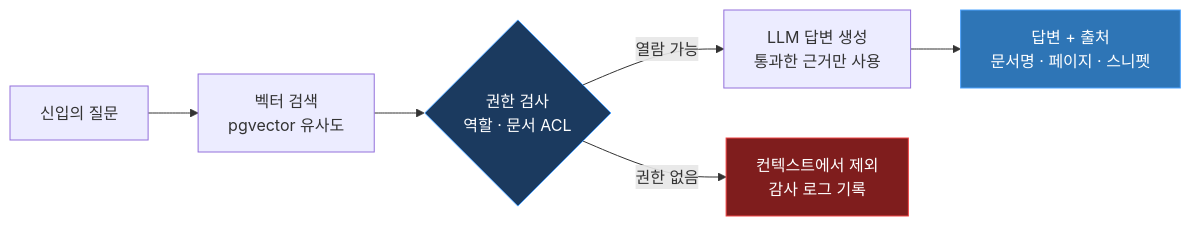
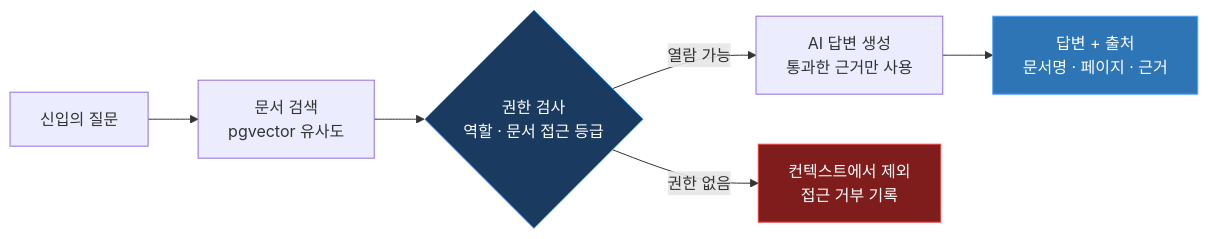
The second of 2 diagrams in README.md (No-mentor/Onboarding-Platform), drawn with Mermaid before and after one commit. The commit also changed other lines of this file, not shown here.

````diff
--- a/README.md
+++ b/README.md
@@ -119,12 +109,12 @@
 ```mermaid
 flowchart LR
-    Q["신입의 질문"] --> S["벡터 검색<br/>pgvector 유사도"]
-    S --> P{"권한 검사<br/>역할 · 문서 ACL"}
-    P -->|"열람 가능"| L["LLM 답변 생성<br/>통과한 근거만 사용"]
-    P -->|"권한 없음"| X["컨텍스트에서 제외<br/>감사 로그 기록"]
-    L --> A["답변 + 출처<br/>문서명 · 페이지 · 스니펫"]
+    Q["신입의 질문"] --> S["문서 검색<br/>pgvector 유사도"]
+    S --> P{"권한 검사<br/>역할 · 문서 접근 등급"}
+    P -->|"열람 가능"| L["AI 답변 생성<br/>통과한 근거만 사용"]
+    P -->|"권한 없음"| X["컨텍스트에서 제외<br/>접근 거부 기록"]
+    L --> A["답변 + 출처<br/>문서명 · 페이지 · 근거"]
 
     style P fill:#1B3A5F,stroke:#4DA3FF,color:#fff
     style X fill:#7f1d1d,stroke:#ef4444,color:#fff
     style A fill:#2E75B6,stroke:#4DA3FF,color:#fff
 ```
````
